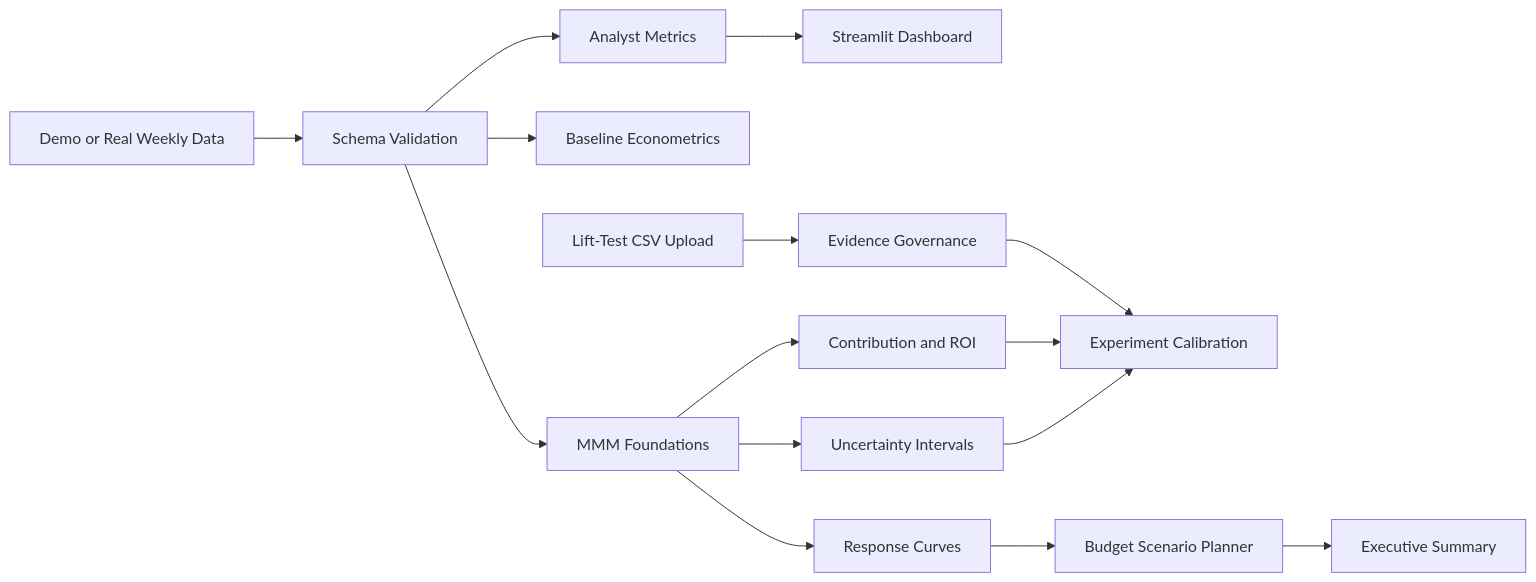
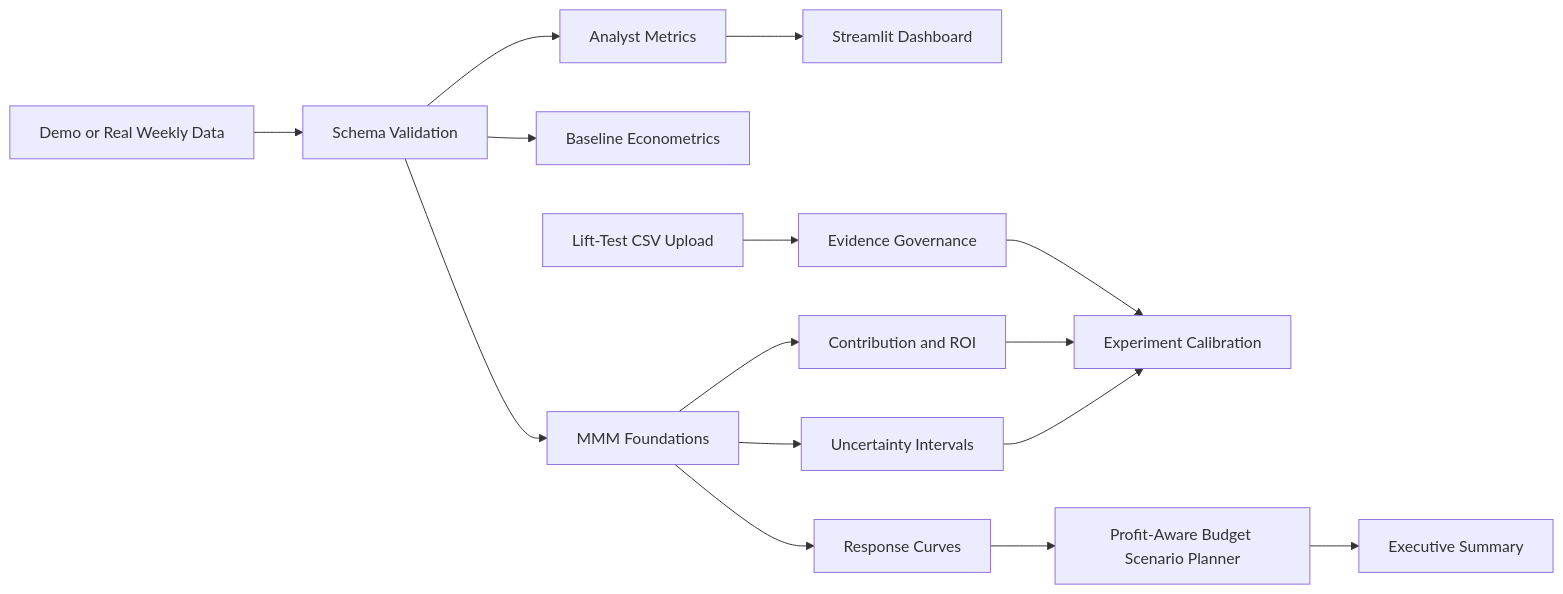
One commit to rosscyking1115/marketing-effectiveness-lab changed the first of 2 diagrams in docs/architecture.md. Above: the diagram before and after it, drawn with Mermaid. The commit also changed other lines of this file and 8 other files, not shown here.

Commit message:
Add profit-aware budget planning

````diff
--- a/docs/architecture.md
+++ b/docs/architecture.md
@@ -7,17 +7,17 @@
 ```mermaid
 flowchart LR
     A["Demo or Real Weekly Data"] --> B["Schema Validation"]
     B --> C["Analyst Metrics"]
     C --> D["Streamlit Dashboard"]
     B --> E["Baseline Econometrics"]
     B --> F["MMM Foundations"]
     F --> G["Contribution and ROI"]
     F --> H["Uncertainty Intervals"]
     M["Lift-Test CSV Upload"] --> N["Evidence Governance"]
     N --> I["Experiment Calibration"]
     G --> I
     H --> I
     F --> J["Response Curves"]
-    J --> K["Budget Scenario Planner"]
+    J --> K["Profit-Aware Budget Scenario Planner"]
     K --> L["Executive Summary"]
 ```
````
